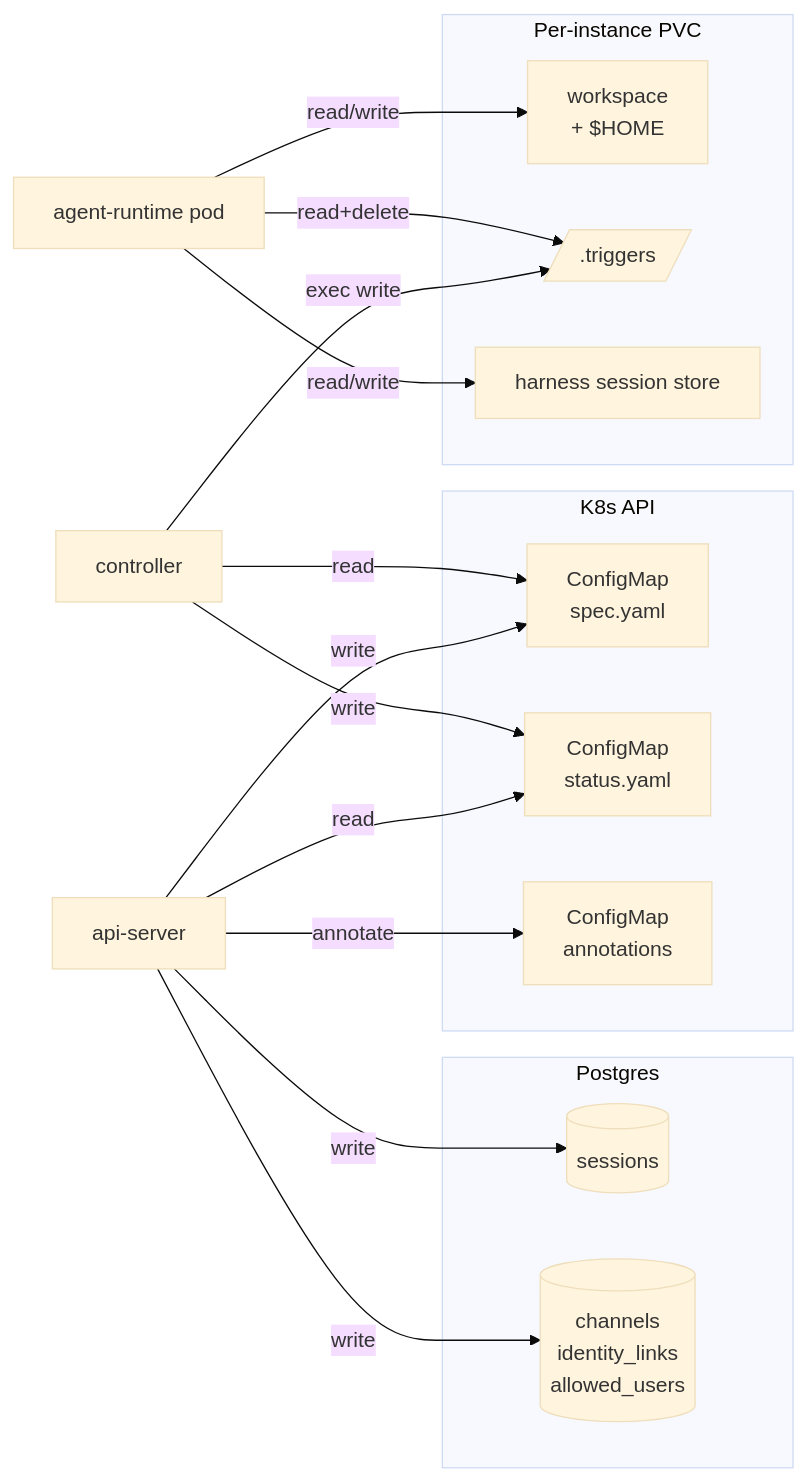
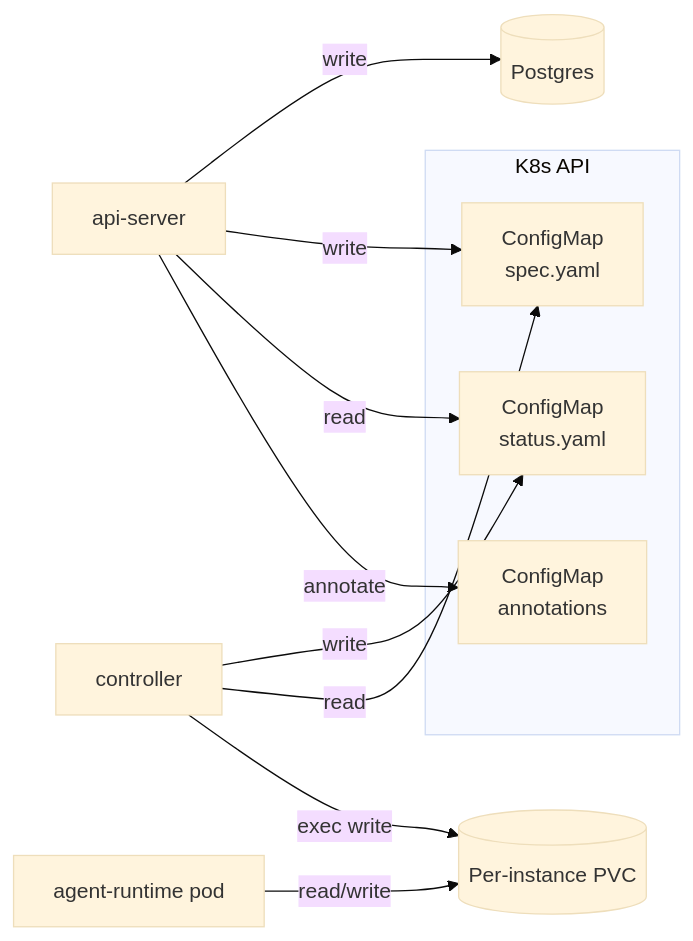
Before and after one commit to kagenti/humr: the diagram in docs/architecture/persistence.md, drawn with Mermaid (base theme). The commit also changed other lines of this file, not shown here.

Commit message:
docs(architecture): drop volatile schema names from persistence page

````diff
--- a/docs/architecture/persistence.md
+++ b/docs/architecture/persistence.md
@@ -28,37 +28,27 @@
 ```mermaid
 flowchart LR
   api-server[api-server]
   controller[controller]
   agent-runtime[agent-runtime pod]
 
-  subgraph postgres[Postgres]
-    sessions[(sessions)]
-    channels-tbl[(channels<br/>identity_links<br/>allowed_users)]
-  end
+  postgres[(Postgres)]
 
   subgraph k8s[K8s API]
     cm-spec[ConfigMap<br/>spec.yaml]
     cm-status[ConfigMap<br/>status.yaml]
     cm-anno[ConfigMap<br/>annotations]
   end
 
-  subgraph pvc[Per-instance PVC]
-    workspace[workspace<br/>+ $HOME]
-    triggers[/.triggers/]
-    agent-store[harness session store]
-  end
+  pvc[(Per-instance PVC)]
 
+  api-server -->|write| postgres
   api-server -->|write| cm-spec
-  api-server -->|write| sessions
-  api-server -->|write| channels-tbl
   api-server -->|read| cm-status
   api-server -->|annotate| cm-anno
 
   controller -->|write| cm-status
   controller -->|read| cm-spec
-  controller -->|exec write| triggers
+  controller -->|exec write| pvc
 
-  agent-runtime -->|read/write| workspace
-  agent-runtime -->|read/write| agent-store
-  agent-runtime -->|read+delete| triggers
+  agent-runtime -->|read/write| pvc
 ```
````
